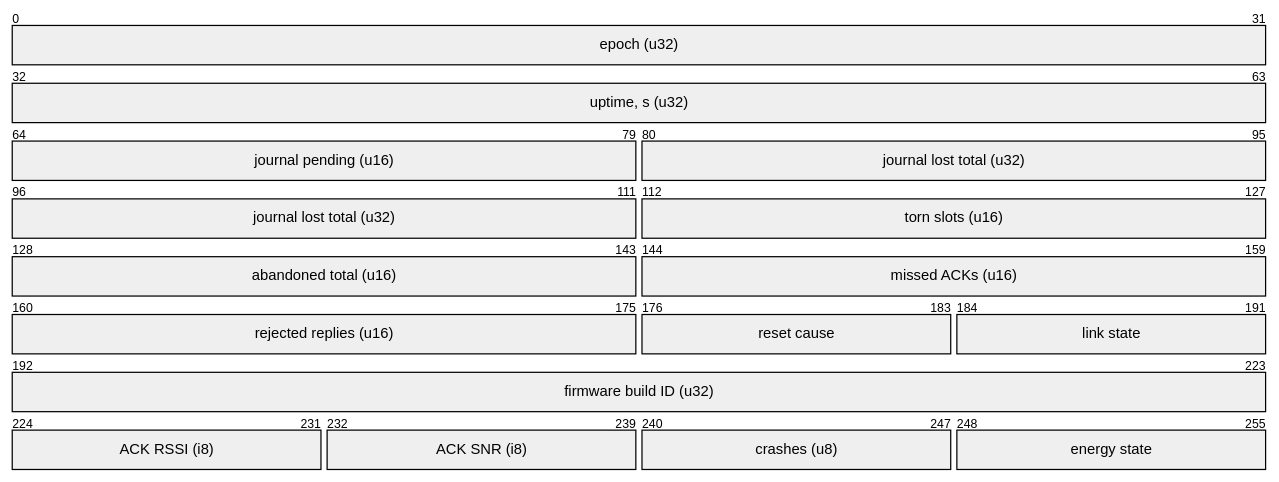
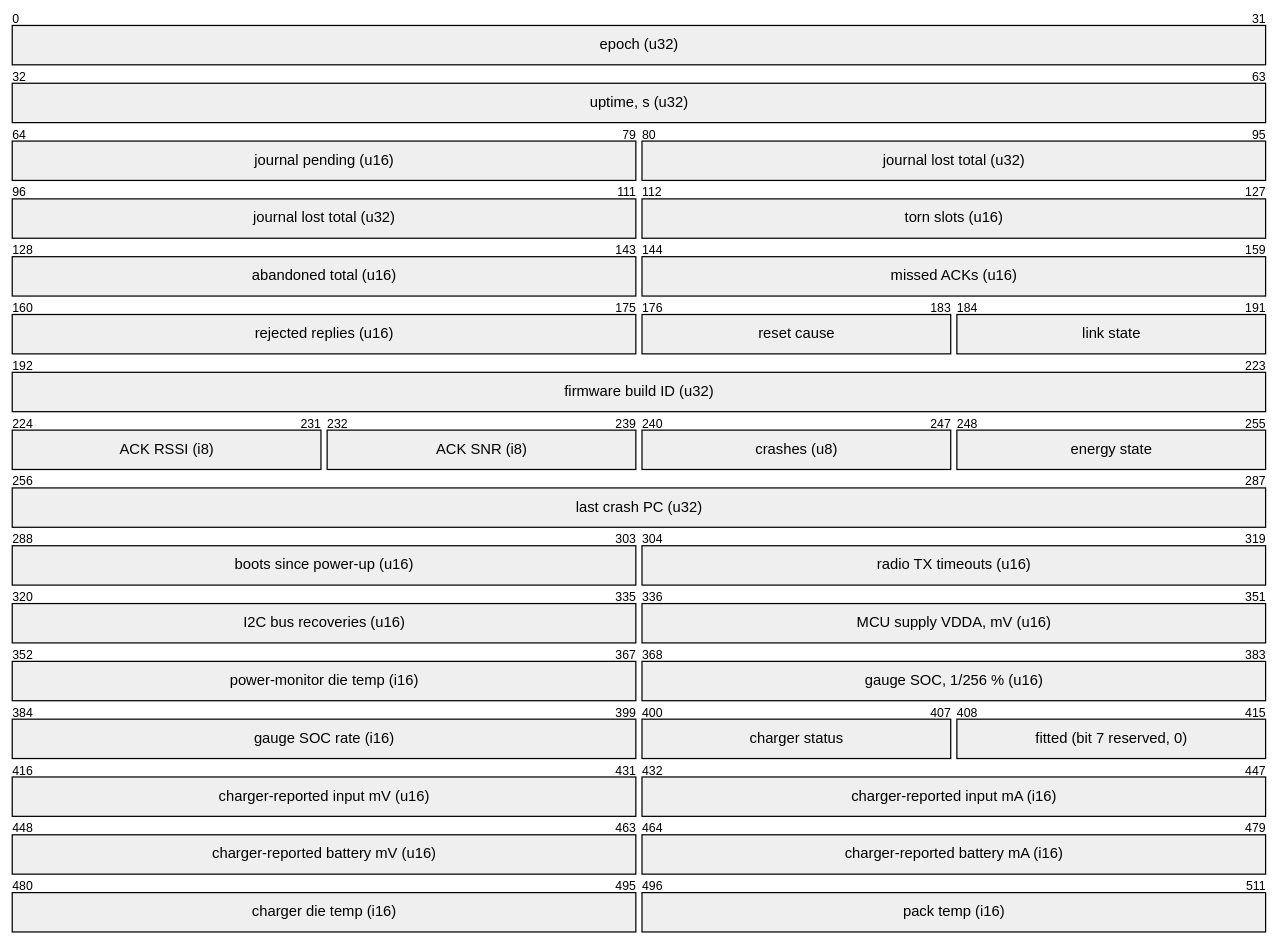
One commit to clintecker/weather-station-2026 changed diagram 11 of 22 in docs/protocol-stack.md. Above: the diagram before and after it, drawn with Mermaid. The commit also changed other lines of this file and 303 other files, not shown here.

````diff
--- a/docs/protocol-stack.md
+++ b/docs/protocol-stack.md
@@ -437,18 +474,34 @@
 ```mermaid
 packet-beta
   0-31: "epoch (u32)"
   32-63: "uptime, s (u32)"
   64-79: "journal pending (u16)"
   80-111: "journal lost total (u32)"
   112-127: "torn slots (u16)"
   128-143: "abandoned total (u16)"
   144-159: "missed ACKs (u16)"
   160-175: "rejected replies (u16)"
   176-183: "reset cause"
   184-191: "link state"
   192-223: "firmware build ID (u32)"
   224-231: "ACK RSSI (i8)"
   232-239: "ACK SNR (i8)"
   240-247: "crashes (u8)"
   248-255: "energy state"
+  256-287: "last crash PC (u32)"
+  288-303: "boots since power-up (u16)"
+  304-319: "radio TX timeouts (u16)"
+  320-335: "I2C bus recoveries (u16)"
+  336-351: "MCU supply VDDA, mV (u16)"
+  352-367: "power-monitor die temp (i16)"
+  368-383: "gauge SOC, 1/256 % (u16)"
+  384-399: "gauge SOC rate (i16)"
+  400-407: "charger status"
+  408-415: "fitted (bit 7 reserved, 0)"
+  416-431: "charger-reported input mV (u16)"
+  432-447: "charger-reported input mA (i16)"
+  448-463: "charger-reported battery mV (u16)"
+  464-479: "charger-reported battery mA (i16)"
+  480-495: "charger die temp (i16)"
+  496-511: "pack temp (i16)"
 ```
````
